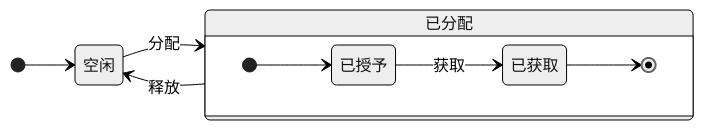
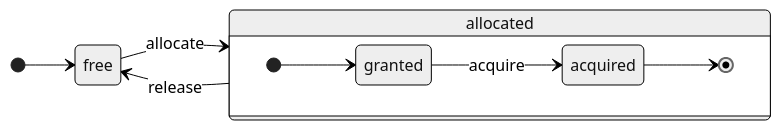
The diagram in i18n/zh/docusaurus-plugin-content-docs/current/development/architecture.md (ClickHouse/clickhouse-docs), drawn with Mermaid (neutral theme) before and after one commit. The commit also changed 1785 other files, not shown here.

````diff
--- a/i18n/zh/docusaurus-plugin-content-docs/current/development/architecture.md
+++ b/i18n/zh/docusaurus-plugin-content-docs/current/development/architecture.md
@@ -223,13 +223,13 @@
 ```mermaid
 stateDiagram-v2
     direction LR
-    [*] --> 空闲
-    空闲 --> 已分配: 分配
-    state 已分配 {
+    [*] --> free
+    free --> allocated: allocate
+    state allocated {
         direction LR
-        [*] --> 已授予
-        已授予 --> 已获取: 获取
-        已获取 --> [*]
+        [*] --> granted
+        granted --> acquired: acquire
+        acquired --> [*]
     }
-    已分配 --> 空闲: 释放
+    allocated --> free: release
 ```
````
